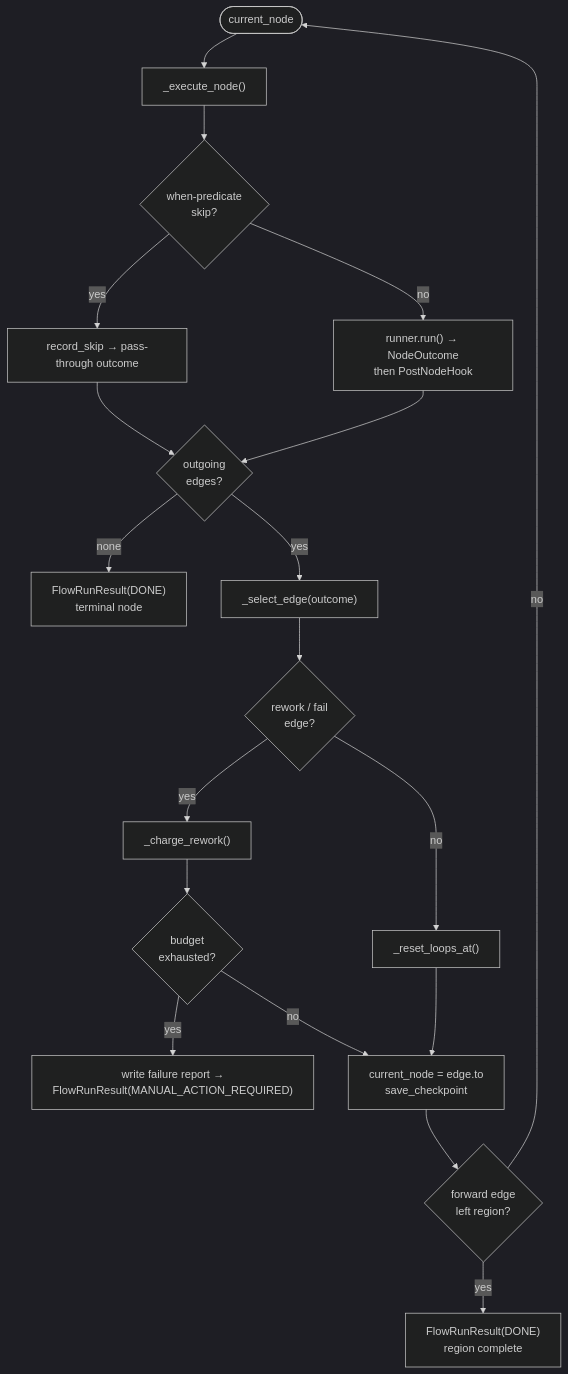
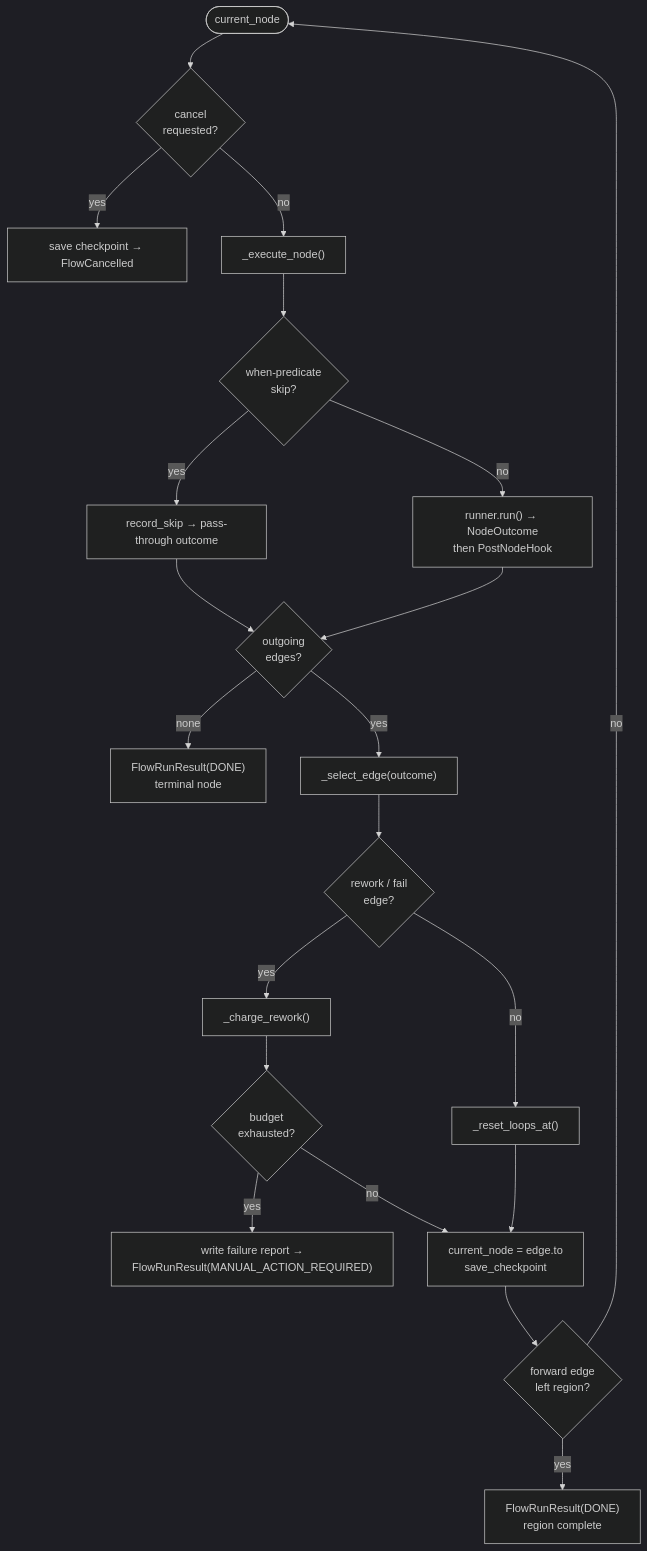
One commit to VladimirMakarevich/wastech-orchestrator changed the diagram in docs/functional/blocks/B28-flow-engine.md. Above: the diagram before and after it, drawn with Mermaid (dark theme). The commit also changed other lines of this file and 23 other files, not shown here.

````diff
--- a/docs/functional/blocks/B28-flow-engine.md
+++ b/docs/functional/blocks/B28-flow-engine.md
@@ -32,21 +32,23 @@
 ```mermaid
 flowchart TD
-    start([current_node]) --> exec["_execute_node()"]
+    start([current_node]) --> cancel{cancel<br/>requested?}
+    cancel -->|yes| parked["save checkpoint → FlowCancelled"]
+    cancel -->|no| exec["_execute_node()"]
     exec --> skip{when-predicate<br/>skip?}
     skip -->|yes| pass["record_skip → pass-through outcome"]
     skip -->|no| run["runner.run() → NodeOutcome<br/>then PostNodeHook"]
     pass --> edges{outgoing<br/>edges?}
     run --> edges
     edges -->|none| done["FlowRunResult(DONE)<br/>terminal node"]
     edges -->|yes| sel["_select_edge(outcome)"]
     sel --> rw{rework / fail<br/>edge?}
     rw -->|yes| charge["_charge_rework()"]
     charge --> stuck{budget<br/>exhausted?}
     stuck -->|yes| manual["write failure report →<br/>FlowRunResult(MANUAL_ACTION_REQUIRED)"]
     stuck -->|no| advance
     rw -->|no| reset["_reset_loops_at()"]
     reset --> advance["current_node = edge.to<br/>save_checkpoint"]
     advance --> region{forward edge<br/>left region?}
     region -->|yes| regiondone["FlowRunResult(DONE)<br/>region complete"]
     region -->|no| start
 ```
````
